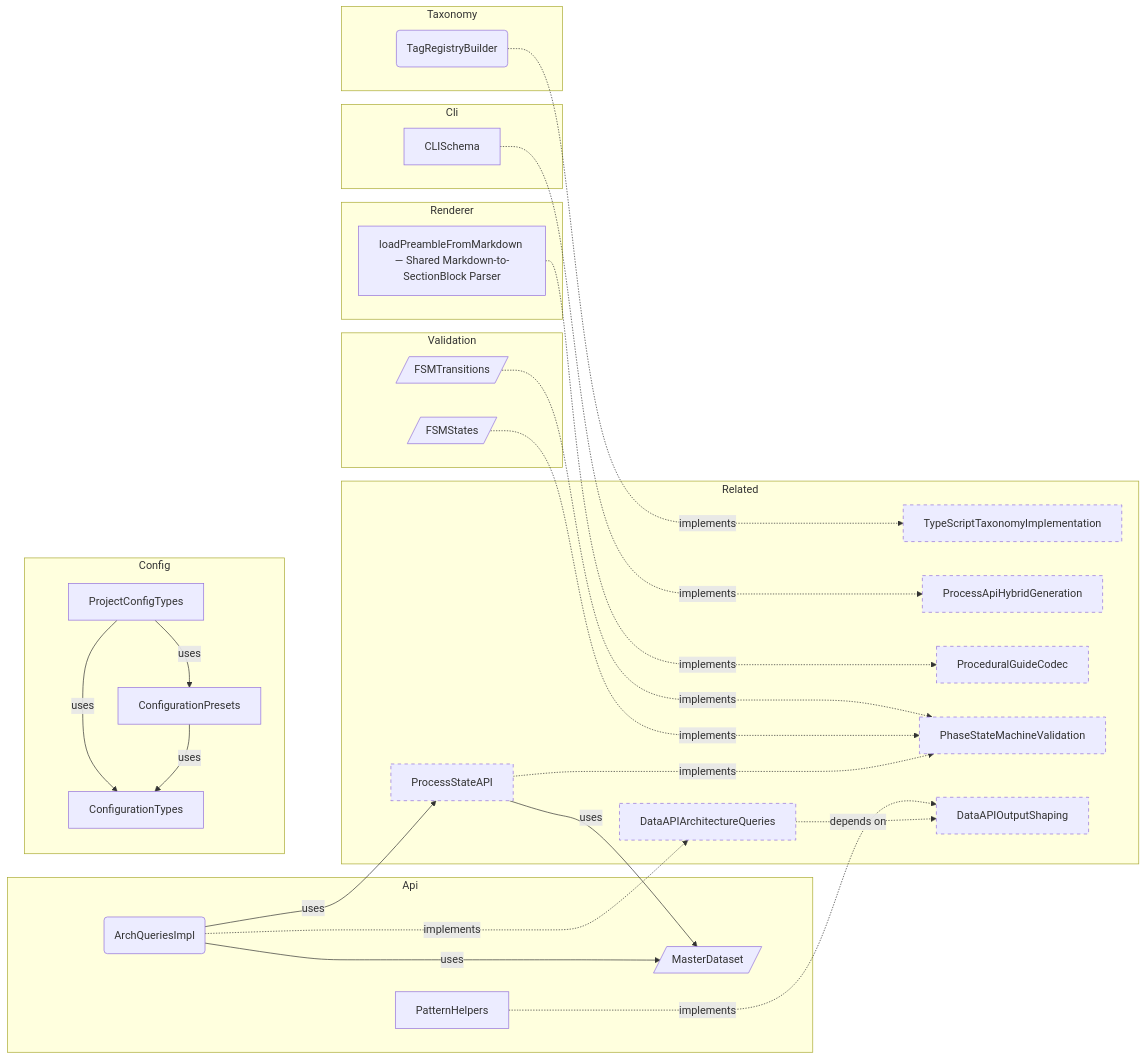
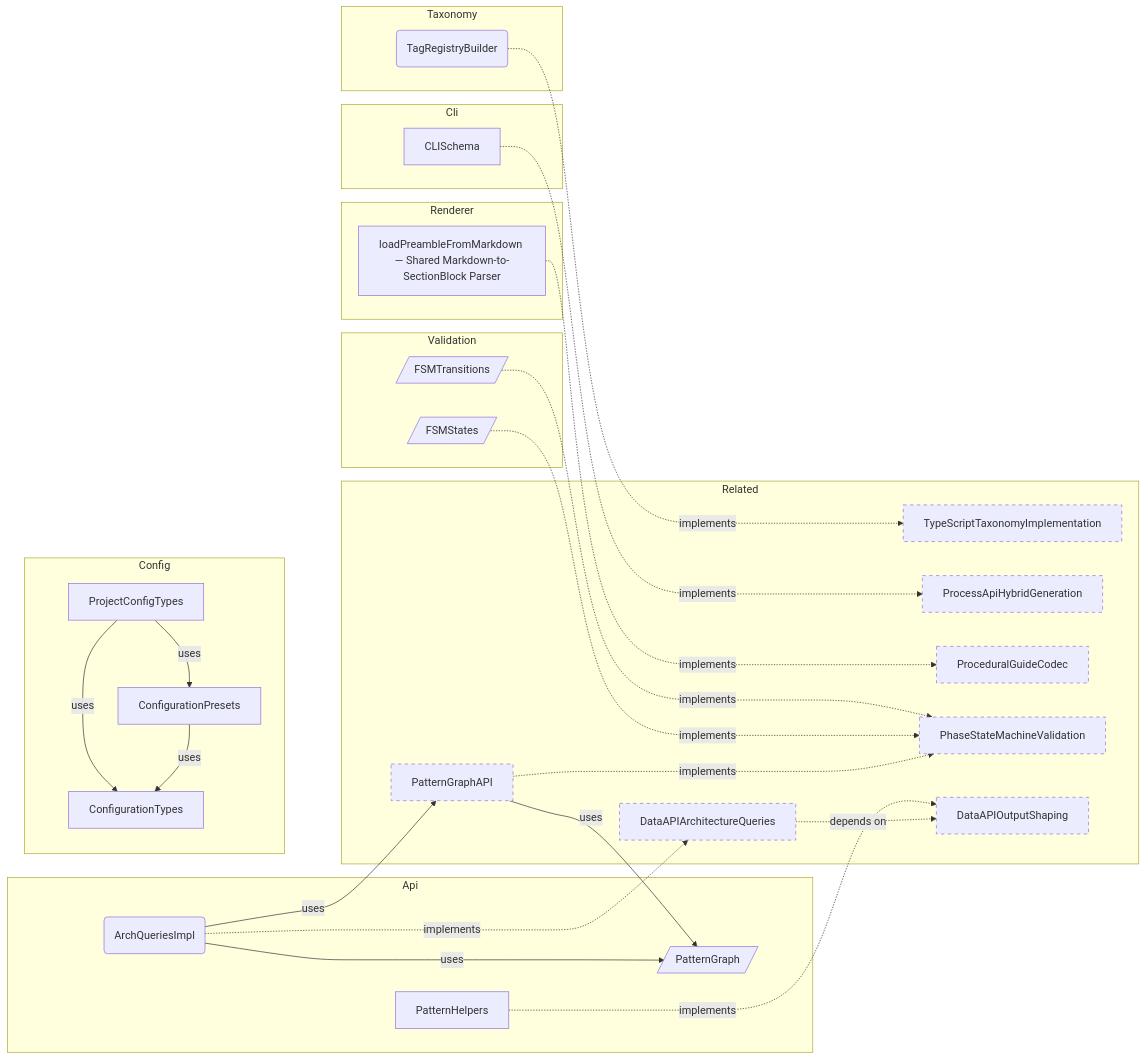
Before and after one commit to libar-dev/architect: the sixth of 6 diagrams in docs-live/reference/REFERENCE-SAMPLE.md, drawn with Mermaid. The commit also changed other lines of this file and 278 other files, not shown here.

First line of the commit message:
refactor: rename MasterDataset → PatternGraph — ubiquitous language alignment

````diff
--- a/docs-live/reference/REFERENCE-SAMPLE.md
+++ b/docs-live/reference/REFERENCE-SAMPLE.md
@@ -388,51 +388,51 @@
 ```mermaid
 graph LR
     subgraph api["Api"]
-        MasterDataset[/"MasterDataset"/]
+        PatternGraph[/"PatternGraph"/]
         PatternHelpers["PatternHelpers"]
         ArchQueriesImpl("ArchQueriesImpl")
     end
     subgraph cli["Cli"]
         CLISchema["CLISchema"]
     end
     subgraph config["Config"]
         ConfigurationTypes["ConfigurationTypes"]
         ProjectConfigTypes["ProjectConfigTypes"]
         ConfigurationPresets["ConfigurationPresets"]
     end
     subgraph renderer["Renderer"]
         loadPreambleFromMarkdown___Shared_Markdown_to_SectionBlock_Parser["loadPreambleFromMarkdown — Shared Markdown-to-SectionBlock Parser"]
     end
     subgraph taxonomy["Taxonomy"]
         TagRegistryBuilder("TagRegistryBuilder")
     end
     subgraph validation["Validation"]
         FSMTransitions[/"FSMTransitions"/]
         FSMStates[/"FSMStates"/]
     end
     subgraph related["Related"]
-        ProcessStateAPI["ProcessStateAPI"]:::neighbor
+        PatternGraphAPI["PatternGraphAPI"]:::neighbor
         TypeScriptTaxonomyImplementation["TypeScriptTaxonomyImplementation"]:::neighbor
         ProcessApiHybridGeneration["ProcessApiHybridGeneration"]:::neighbor
         ProceduralGuideCodec["ProceduralGuideCodec"]:::neighbor
         PhaseStateMachineValidation["PhaseStateMachineValidation"]:::neighbor
         DataAPIOutputShaping["DataAPIOutputShaping"]:::neighbor
         DataAPIArchitectureQueries["DataAPIArchitectureQueries"]:::neighbor
     end
     TagRegistryBuilder ..->|implements| TypeScriptTaxonomyImplementation
     loadPreambleFromMarkdown___Shared_Markdown_to_SectionBlock_Parser ..->|implements| ProceduralGuideCodec
+    CLISchema ..->|implements| ProcessApiHybridGeneration
     ProjectConfigTypes -->|uses| ConfigurationTypes
     ProjectConfigTypes -->|uses| ConfigurationPresets
     ConfigurationPresets -->|uses| ConfigurationTypes
     PatternHelpers ..->|implements| DataAPIOutputShaping
-    ArchQueriesImpl -->|uses| ProcessStateAPI
-    ArchQueriesImpl -->|uses| MasterDataset
+    ArchQueriesImpl -->|uses| PatternGraphAPI
+    ArchQueriesImpl -->|uses| PatternGraph
     ArchQueriesImpl ..->|implements| DataAPIArchitectureQueries
-    CLISchema ..->|implements| ProcessApiHybridGeneration
     FSMTransitions ..->|implements| PhaseStateMachineValidation
     FSMStates ..->|implements| PhaseStateMachineValidation
-    ProcessStateAPI -->|uses| MasterDataset
-    ProcessStateAPI ..->|implements| PhaseStateMachineValidation
+    PatternGraphAPI -->|uses| PatternGraph
+    PatternGraphAPI ..->|implements| PhaseStateMachineValidation
     DataAPIArchitectureQueries -.->|depends on| DataAPIOutputShaping
     classDef neighbor stroke-dasharray: 5 5
 ```
````
